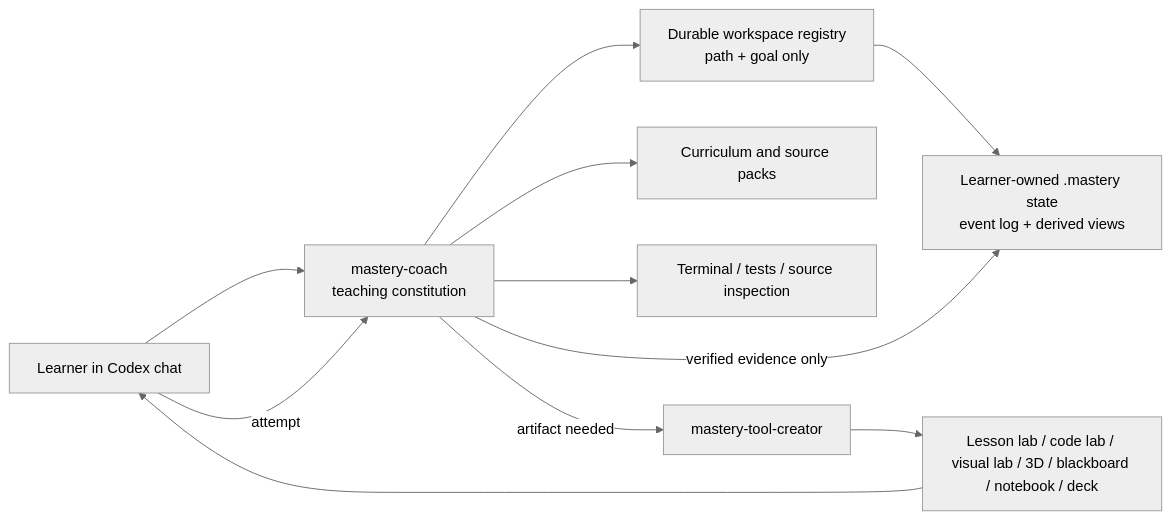
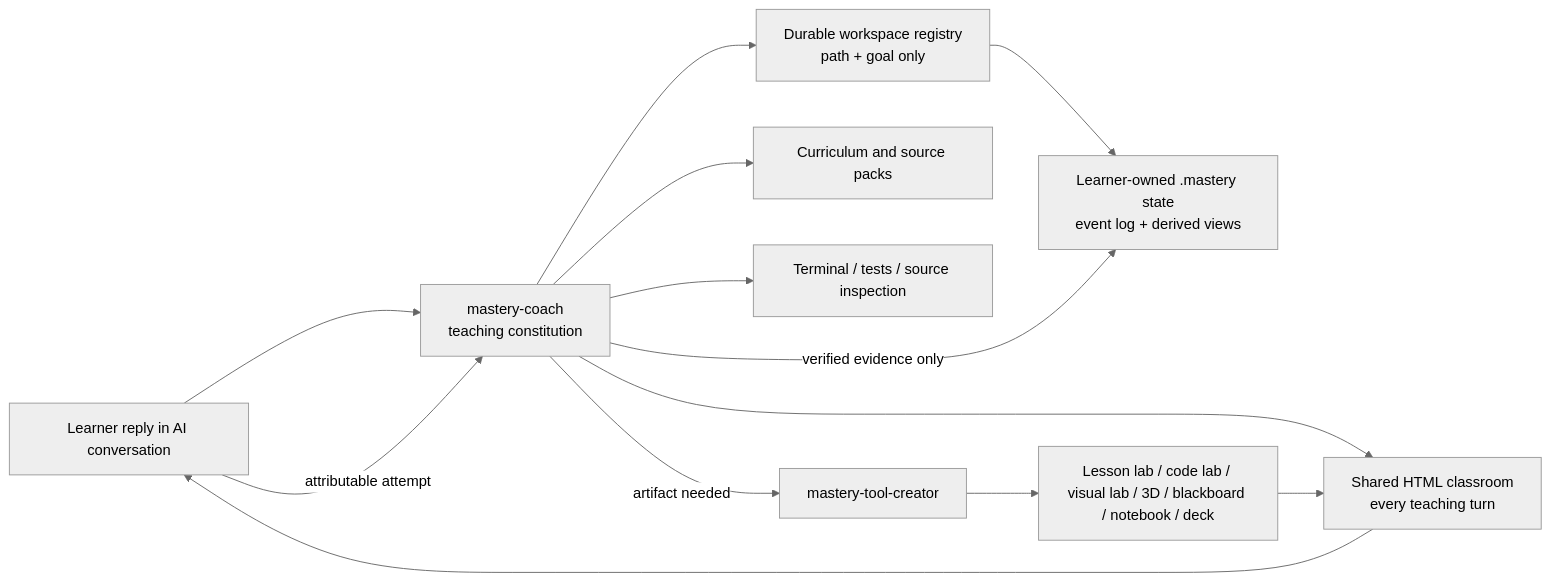
Before and after one commit to fanfanfanfanfan626/mastery-learning: the diagram in docs/architecture.md, drawn with Mermaid (neutral theme). The commit also changed other lines of this file and 39 other files, not shown here.

Commit message:
Ship HTML-first mastery classroom

````diff
--- a/docs/architecture.md
+++ b/docs/architecture.md
@@ -7,13 +10,15 @@
 ```mermaid
 flowchart LR
-    U["Learner in Codex chat"] --> C["mastery-coach<br/>teaching constitution"]
+    U["Learner reply in AI conversation"] --> C["mastery-coach<br/>teaching constitution"]
+    C --> H["Shared HTML classroom<br/>every teaching turn"]
+    H --> U
     C --> R["Durable workspace registry<br/>path + goal only"]
     R --> M["Learner-owned .mastery state<br/>event log + derived views"]
     C --> S["Curriculum and source packs"]
     C --> E["Terminal / tests / source inspection"]
     C -->|"artifact needed"| T["mastery-tool-creator"]
     T --> A["Lesson lab / code lab / visual lab / 3D / blackboard / notebook / deck"]
-    A --> U
-    U -->|"attempt"| C
+    A --> H
+    U -->|"attributable attempt"| C
     C -->|"verified evidence only"| M
 ```
````
